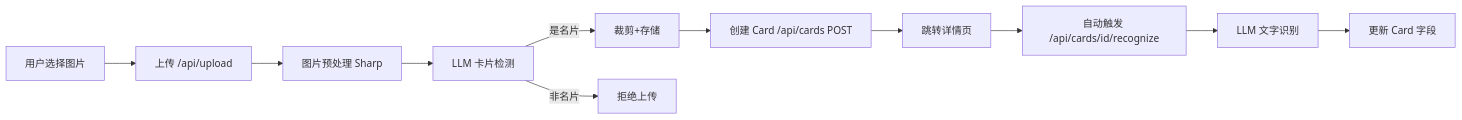
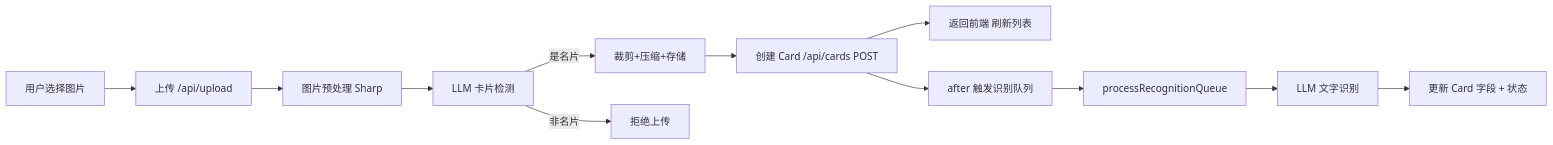
Before and after one commit to addicted0010/namecardfolder: the second of 3 diagrams in Documents/design.md, drawn with Mermaid. The commit also changed other lines of this file and 25 other files, not shown here.

````diff
--- a/Documents/design.md
+++ b/Documents/design.md
@@ -100,13 +101,14 @@
 ```mermaid
 graph LR
     A[用户选择图片] --> B[上传 /api/upload]
     B --> C[图片预处理 Sharp]
     C --> D[LLM 卡片检测]
-    D -->|是名片| E[裁剪+存储]
+    D -->|是名片| E[裁剪+压缩+存储]
     D -->|非名片| F[拒绝上传]
     E --> G[创建 Card /api/cards POST]
-    G --> H[跳转详情页]
-    H --> I[自动触发 /api/cards/id/recognize]
-    I --> J[LLM 文字识别]
-    J --> K[更新 Card 字段]
+    G --> H[返回前端 刷新列表]
+    G --> I[after 触发识别队列]
+    I --> J[processRecognitionQueue]
+    J --> K[LLM 文字识别]
+    K --> L[更新 Card 字段 + 状态]
 ```
````
